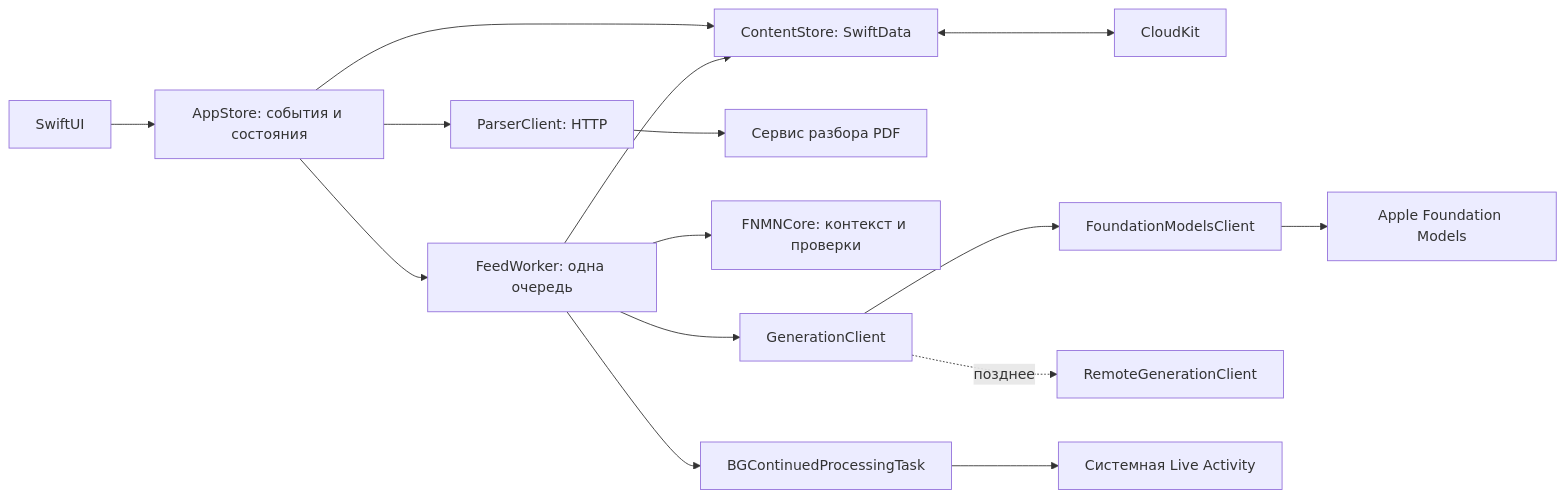
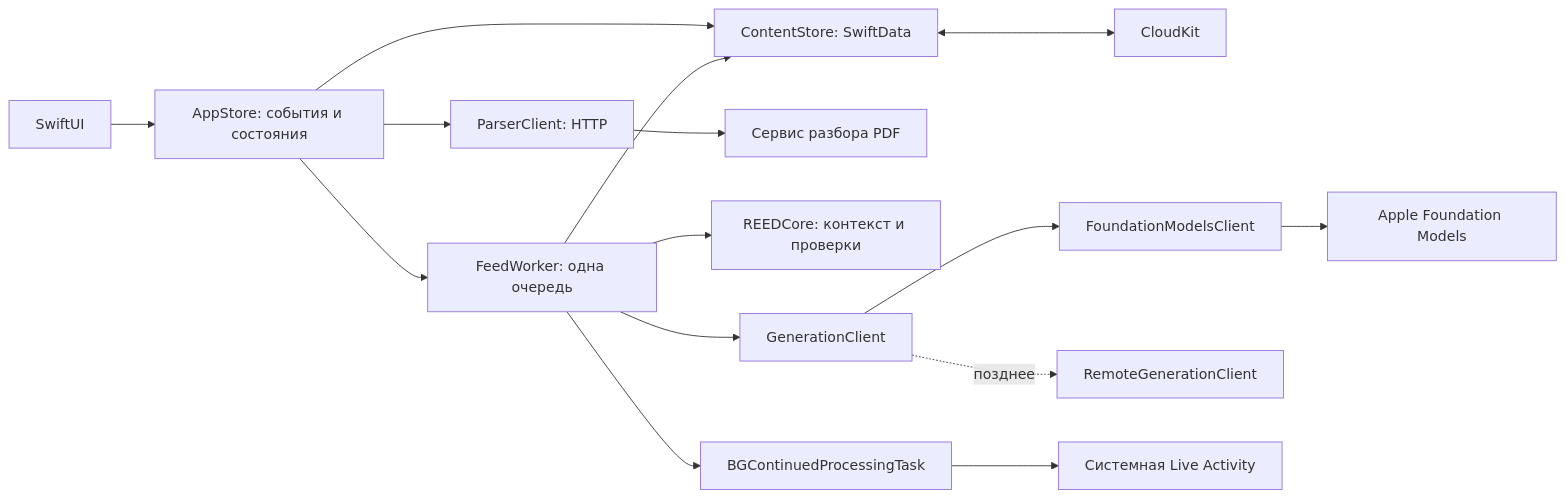
Before and after one commit to vladkalinichencko/fnmn-app: the third of 5 diagrams in SPEC.md, drawn with Mermaid. The commit also changed other lines of this file and 398 other files, not shown here.

````diff
--- a/SPEC.md
+++ b/SPEC.md
@@ -119,17 +119,17 @@
 ```mermaid
 flowchart LR
     UI[SwiftUI] --> Store[AppStore: события и состояния]
     Store --> DB[ContentStore: SwiftData]
     DB <--> CK[CloudKit]
     Store --> Parser[ParserClient: HTTP]
     Parser --> Server[Сервис разбора PDF]
     Store --> Worker[FeedWorker: одна очередь]
-    Worker --> Core[FNMNCore: контекст и проверки]
+    Worker --> Core[REEDCore: контекст и проверки]
     Worker --> Client[GenerationClient]
     Client --> Local[FoundationModelsClient]
     Local --> AFM[Apple Foundation Models]
     Client -. позднее .-> Remote[RemoteGenerationClient]
     Worker --> DB
     Worker --> BG[BGContinuedProcessingTask]
     BG --> Activity[Системная Live Activity]
 ```
````
